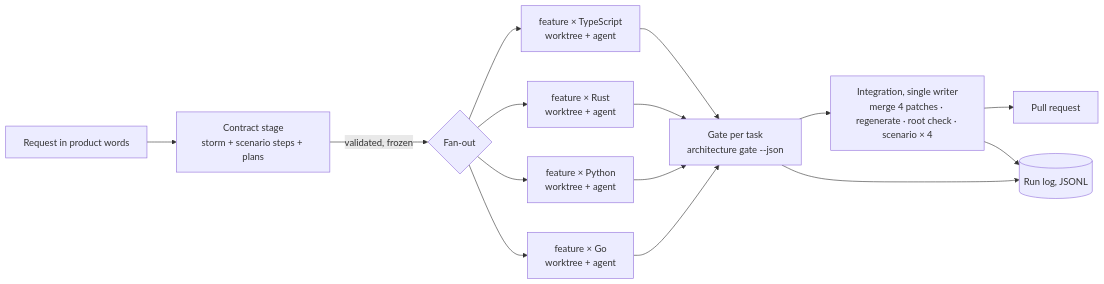
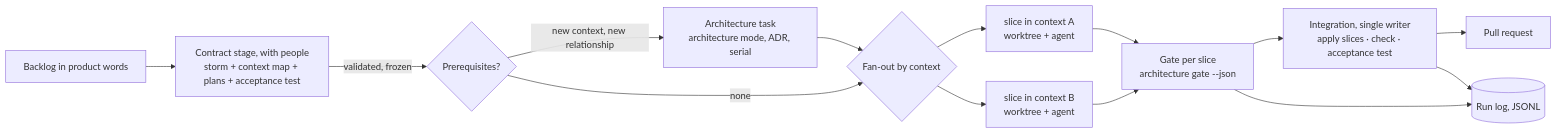
Before and after one commit to jgaNet/clean-ddd: the diagram in docs/rfc/0001-architecture-aware-multi-agent-flow.md, drawn with Mermaid. The commit also changed other lines of this file, not shown here.

First line of the commit message:
docs(rfc): base RFC 0001 on a real project — one language, a backlog, an empty start

````diff
--- a/docs/rfc/0001-architecture-aware-multi-agent-flow.md
+++ b/docs/rfc/0001-architecture-aware-multi-agent-flow.md
@@ -55,13 +57,14 @@
 ```mermaid
 flowchart LR
-  R[Request in product words] --> S[Contract stage\nstorm + scenario steps + plans]
-  S -->|validated, frozen| X{Fan-out}
-  X --> T1[feature × TypeScript\nworktree + agent]
-  X --> T2[feature × Rust\nworktree + agent]
-  X --> T3[feature × Python\nworktree + agent]
-  X --> T4[feature × Go\nworktree + agent]
-  T1 & T2 & T3 & T4 --> G[Gate per task\narchitecture gate --json]
-  G --> I[Integration, single writer\nmerge 4 patches · regenerate · root check · scenario × 4]
-  I --> P[Pull request]
+  B[Backlog in product words] --> S[Contract stage, with people\nstorm + context map + plans + acceptance test]
+  S -->|validated, frozen| P{Prerequisites?}
+  P -->|new context, new relationship| A[Architecture task\narchitecture mode, ADR, serial]
+  P -->|none| X{Fan-out by context}
+  A --> X
+  X --> T1[slice in context A\nworktree + agent]
+  X --> T2[slice in context B\nworktree + agent]
+  T1 & T2 --> G[Gate per slice\narchitecture gate --json]
+  G --> I[Integration, single writer\napply slices · check · acceptance test]
+  I --> PR[Pull request]
   G & I --> L[(Run log, JSONL)]
 ```
````
